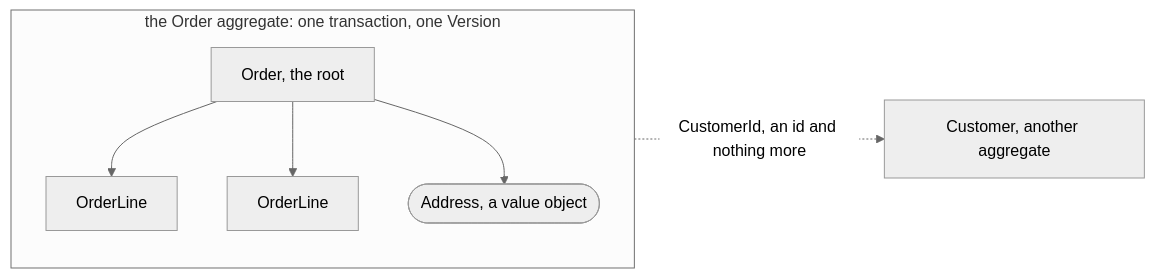
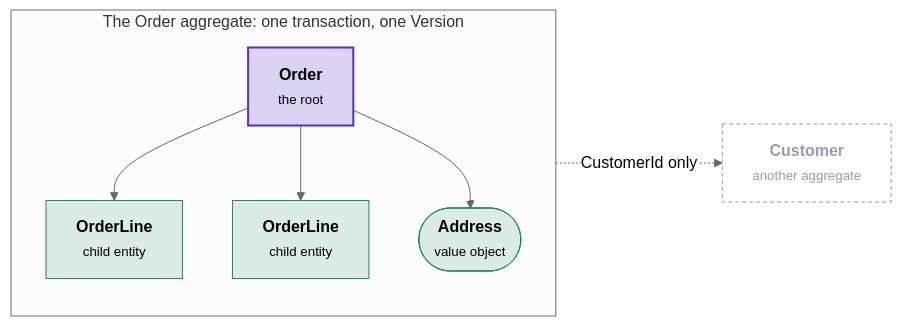
One commit to DylanSnel/DDDToolkit changed the diagram in docs/entities-and-aggregates.md. Above: the diagram before and after it, drawn with Mermaid (neutral theme). The commit also changed other lines of this file and 41 other files, not shown here.

First line of the commit message:
Docs: plain prose, one word per concept, and readable diagrams on every page

````diff
--- a/docs/entities-and-aggregates.md
+++ b/docs/entities-and-aggregates.md
@@ -220,10 +230,21 @@
 ```mermaid
 flowchart LR
-    subgraph aggregate ["the Order aggregate: one transaction, one Version"]
+    subgraph aggregate ["The Order aggregate: one transaction, one Version"]
         direction TB
-        Order["Order, the root"] --> Line1["OrderLine"]
-        Order --> Line2["OrderLine"]
-        Order --> Address(["Address, a value object"])
+        order["<b>Order</b><br/><small>the root</small>"]
+        line1["<b>OrderLine</b><br/><small>child entity</small>"]
+        line2["<b>OrderLine</b><br/><small>child entity</small>"]
+        address(["<b>Address</b><br/><small>value object</small>"])
+        order --> line1
+        order --> line2
+        order --> address
     end
-    Order -. "CustomerId, an id and nothing more" .-> Customer["Customer, another aggregate"]
+    customer["<b>Customer</b><br/><small>another aggregate</small>"]
+    order -. "CustomerId only" .-> customer
+    classDef strong fill:#5b2ec933,stroke:#5b2ec9,stroke-width:2px
+    classDef good fill:#1f8a5b26,stroke:#1f8a5b
+    classDef muted fill:none,stroke:#9a9ab5,stroke-dasharray:4 3,color:#9a9ab5
+    class order strong
+    class line1,line2,address good
+    class customer muted
 ```
````
